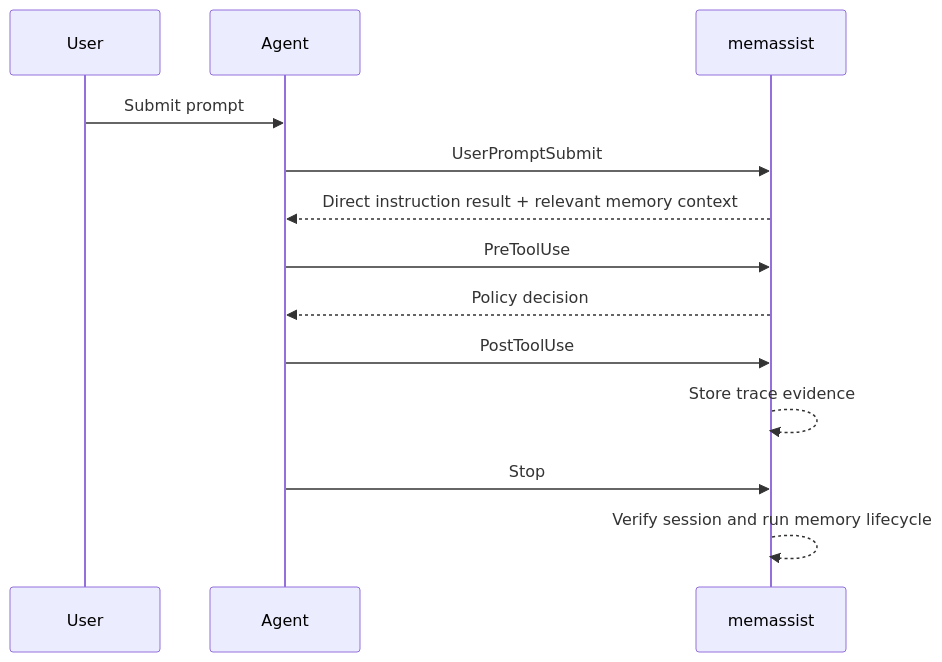
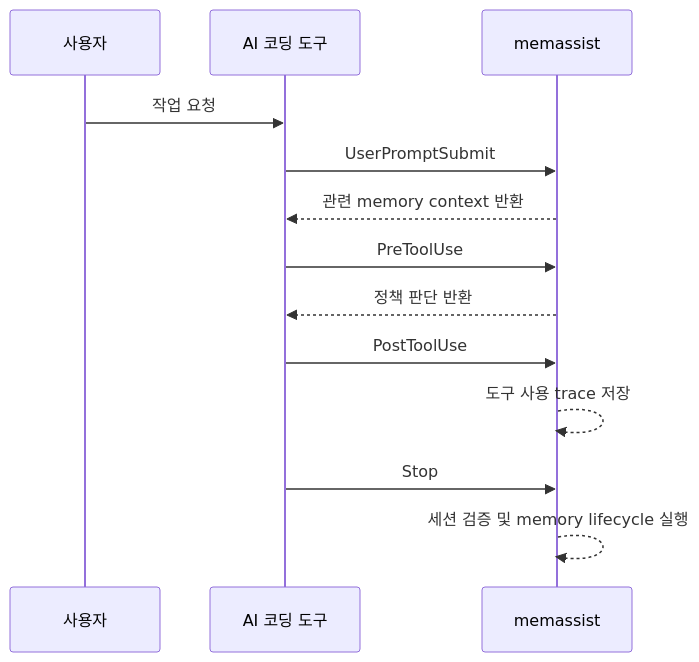
The second of 8 diagrams in README.md (lteawoo/MemAssist), drawn with Mermaid before and after one commit. The commit also changed other lines of this file and 24 other files, not shown here.

````diff
--- a/README.md
+++ b/README.md
@@ -151,16 +122,16 @@
 ```mermaid
 sequenceDiagram
-    participant U as User
-    participant A as Agent
+    participant U as 사용자
+    participant A as AI 코딩 도구
     participant M as memassist
 
-    U->>A: Submit prompt
+    U->>A: 작업 요청
     A->>M: UserPromptSubmit
-    M-->>A: Direct instruction result + relevant memory context
+    M-->>A: 관련 memory context 반환
     A->>M: PreToolUse
-    M-->>A: Policy decision
+    M-->>A: 정책 판단 반환
     A->>M: PostToolUse
-    M-->>M: Store trace evidence
+    M-->>M: 도구 사용 trace 저장
     A->>M: Stop
-    M-->>M: Verify session and run memory lifecycle
+    M-->>M: 세션 검증 및 memory lifecycle 실행
 ```
````
